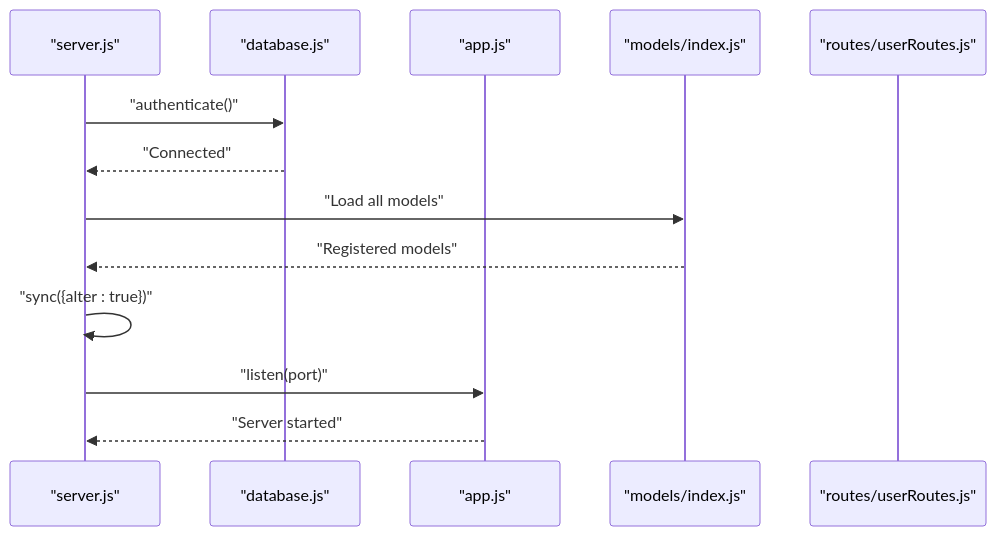
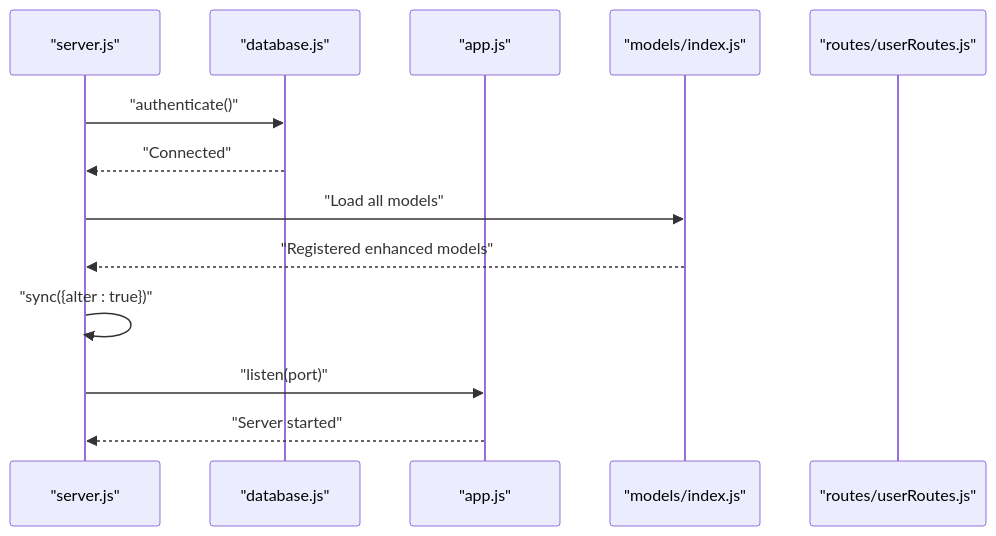
The seventh of 8 diagrams in .qoder/repowiki/en/content/Feature Modules/User Management System.md (Mreng78/khirocom_project), drawn with Mermaid before and after one commit. The commit also changed other lines of this file and 13 other files, not shown here.

````diff
--- a/.qoder/repowiki/en/content/Feature Modules/User Management System.md
+++ b/.qoder/repowiki/en/content/Feature Modules/User Management System.md
@@ -371,15 +420,15 @@
 ```mermaid
 sequenceDiagram
 participant Boot as "server.js"
 participant DB as "database.js"
 participant App as "app.js"
 participant Models as "models/index.js"
 participant Routes as "routes/userRoutes.js"
 Boot->>DB : "authenticate()"
 DB-->>Boot : "Connected"
 Boot->>Models : "Load all models"
-Models-->>Boot : "Registered models"
+Models-->>Boot : "Registered enhanced models"
 Boot->>Boot : "sync({alter : true})"
 Boot->>App : "listen(port)"
 App-->>Boot : "Server started"
 ```
````
